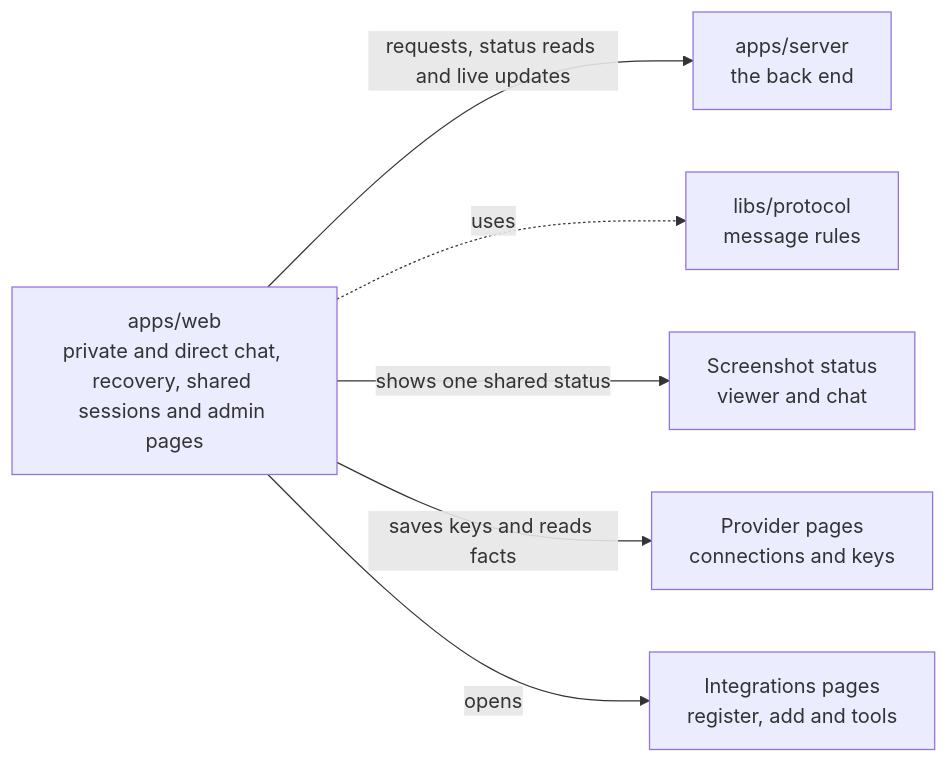
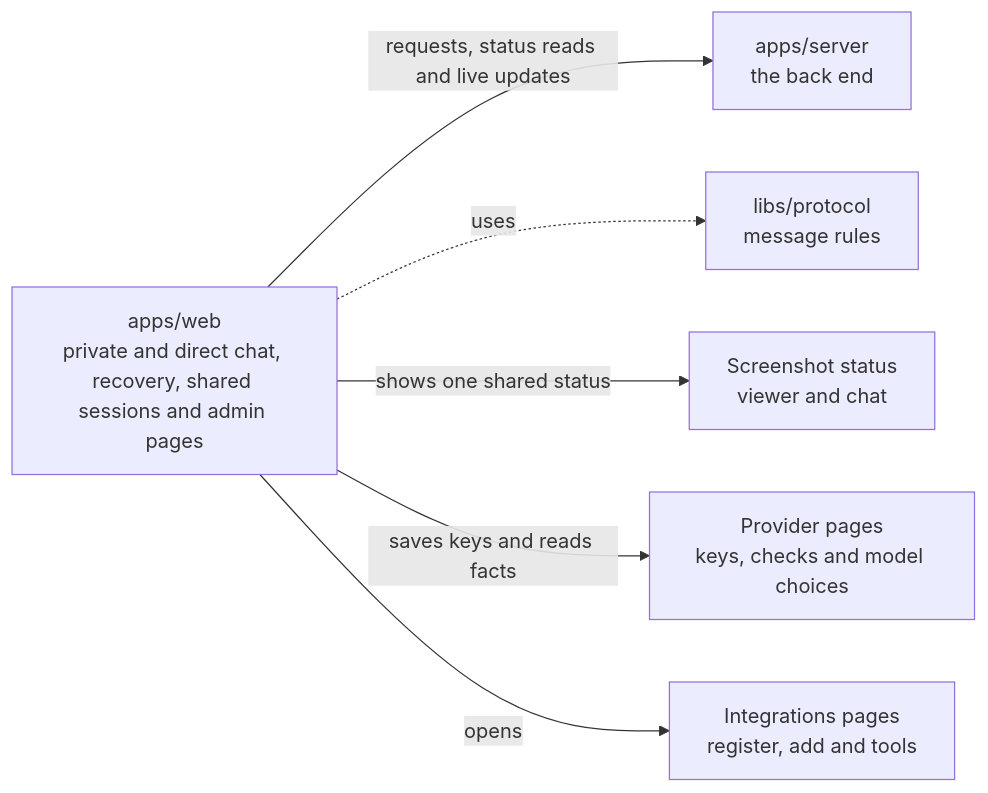
One commit to elewa-git/opencrane-new changed the diagram in apps/web/README.md. Above: the diagram before and after it, drawn with Mermaid. The commit also changed other lines of this file and 144 other files, not shown here.

````diff
--- a/apps/web/README.md
+++ b/apps/web/README.md
@@ -11,8 +11,8 @@
 ```mermaid
 flowchart LR
   web["apps/web<br/>private and direct chat, recovery, shared sessions and admin pages"] -->|requests, status reads and live updates| server["apps/server<br/>the back end"]
   web -.->|uses| protocol["libs/protocol<br/>message rules"]
   web -->|shows one shared status| capture["Screenshot status<br/>viewer and chat"]
-  web -->|saves keys and reads facts| providers["Provider pages<br/>connections and keys"]
+  web -->|saves keys and reads facts| providers["Provider pages<br/>keys, checks and model choices"]
   web -->|opens| integrations["Integrations pages<br/>register, add and tools"]
 ```
````
